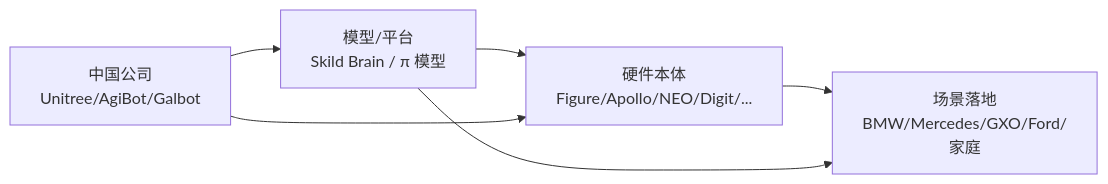
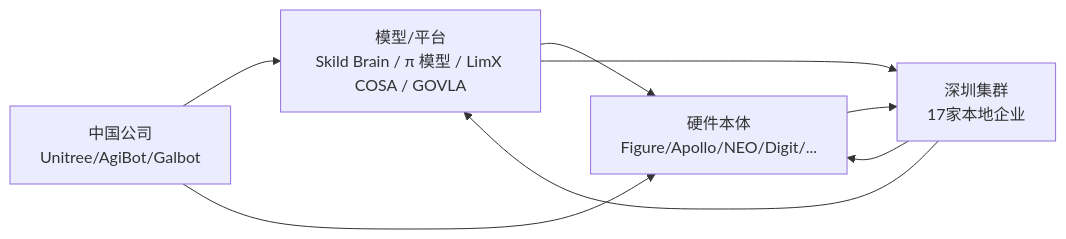
Before and after one commit to allengaller/awesome-startups: the third of 3 diagrams in .qoder/repowiki/zh/content/具身智能 _ 人形机器人.md, drawn with Mermaid. The commit also changed other lines of this file and 113 other files, not shown here.

````diff
--- a/.qoder/repowiki/zh/content/具身智能 _ 人形机器人.md
+++ b/.qoder/repowiki/zh/content/具身智能 _ 人形机器人.md
@@ -218,8 +348,10 @@
 ```mermaid
 graph LR
-M["模型/平台<br/>Skild Brain / π 模型"] --> H["硬件本体<br/>Figure/Apollo/NEO/Digit/..."]
+M["模型/平台<br/>Skild Brain / π 模型 / LimX COSA / GOVLA"] --> H["硬件本体<br/>Figure/Apollo/NEO/Digit/..."]
 H --> S["场景落地<br/>BMW/Mercedes/GXO/Ford/家庭"]
 M --> S
 C["中国公司<br/>Unitree/AgiBot/Galbot"] --> M
 C --> H
+S["深圳集群<br/>17家本地企业"] --> M
+S --> H
 ```
````
